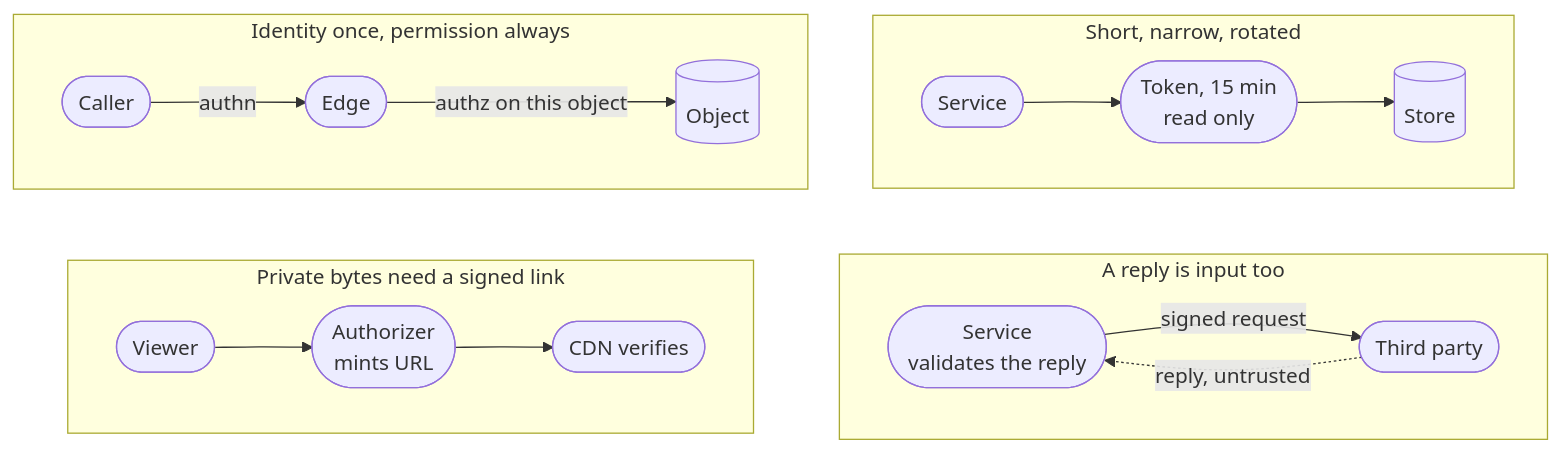
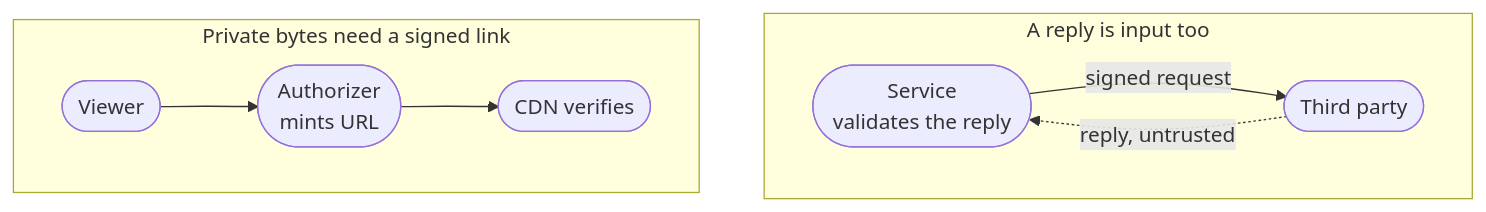
Before and after one commit to Laticent/lattice: diagram 24 of 32 in examples/system-design-foundations.md, drawn with Mermaid. The commit also changed other lines of this file and 2 other files, not shown here.

````diff
--- a/examples/system-design-foundations.md
+++ b/examples/system-design-foundations.md
@@ -2134,22 +2226,12 @@
 ```mermaid
 flowchart TB
-  subgraph b["Short, narrow, rotated"]
-    direction LR
-    B1(["Service"]) --> B2(["Token, 15 min<br/>read only"]) --> B3[("Store")]
-  end
-  subgraph a["Identity once, permission always"]
-    direction LR
-    A1(["Caller"]) -->|"authn"| A2(["Edge"]) -->|"authz on this object"| A3[("Object")]
-  end
   subgraph d["A reply is input too"]
     direction LR
     D1(["Service<br/>validates the reply"]) -->|"signed request"| D2(["Third party"])
     D2 -.->|"reply, untrusted"| D1
   end
   subgraph c["Private bytes need a signed link"]
     direction LR
     C1(["Viewer"]) --> C2(["Authorizer<br/>mints URL"]) --> C3(["CDN verifies"])
   end
-  a ~~~ c
-  b ~~~ d
 ```
````
